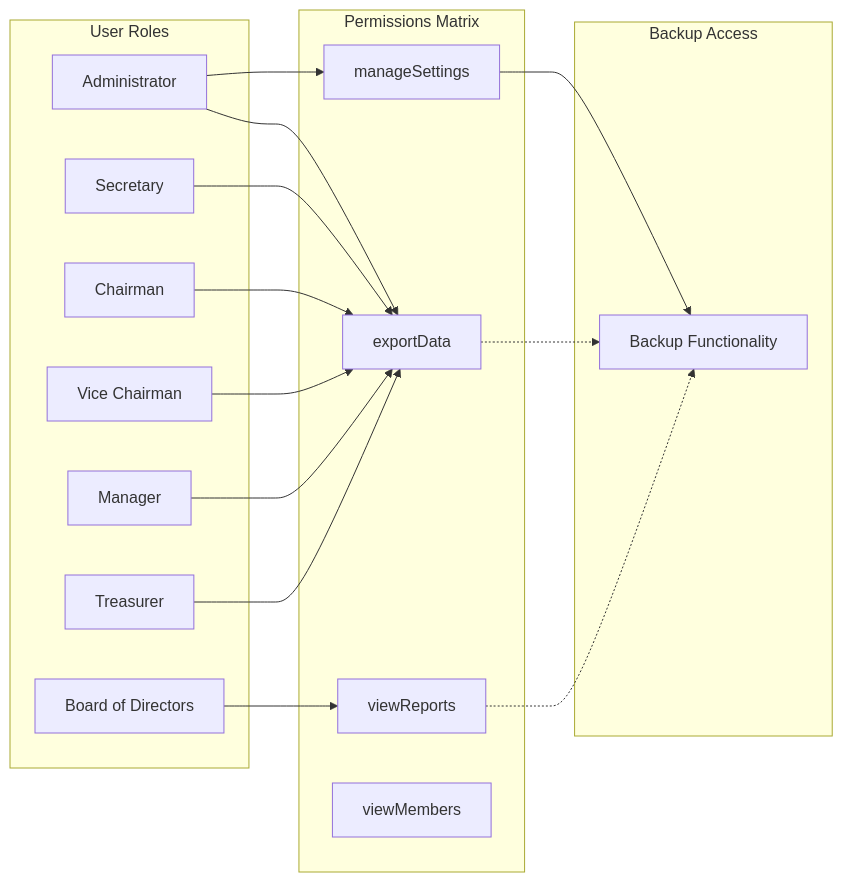
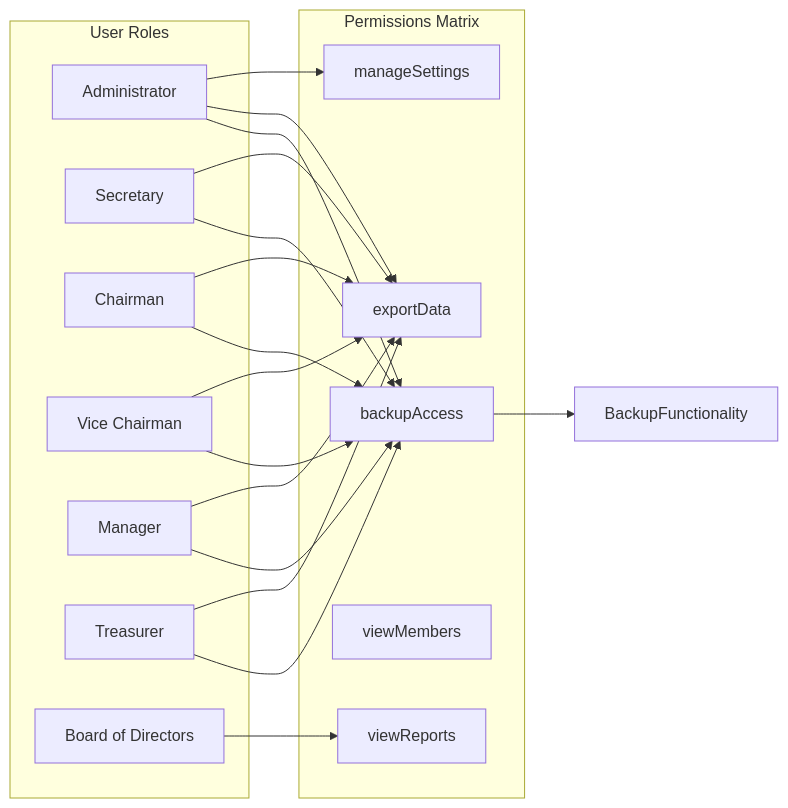
Before and after one commit to Unsure-bry/sampacoop_system: diagram 16 of 18 in .qoder/repowiki/en/content/Project Overview/Core Features & Functionality/Administrative Features/Backup and Restore System.md, drawn with Mermaid. The commit also changed other lines of this file and 11 other files, not shown here.

````diff
--- a/.qoder/repowiki/en/content/Project Overview/Core Features & Functionality/Administrative Features/Backup and Restore System.md
+++ b/.qoder/repowiki/en/content/Project Overview/Core Features & Functionality/Administrative Features/Backup and Restore System.md
@@ -299,32 +783,34 @@
 ```mermaid
 graph LR
 subgraph "User Roles"
 Admin[Administrator]
 Secretary[Secretary]
 Chairman[Chairman]
 ViceChairman[Vice Chairman]
 Manager[Manager]
 Treasurer[Treasurer]
 Board[Board of Directors]
 end
 subgraph "Permissions Matrix"
 ManageSettings[manageSettings]
 ExportData[exportData]
 ViewReports[viewReports]
 ViewMembers[viewMembers]
+BackupAccess[backupAccess]
 end
 Admin --> ManageSettings
 Admin --> ExportData
+Admin --> BackupAccess
 Secretary --> ExportData
+Secretary --> BackupAccess
 Chairman --> ExportData
+Chairman --> BackupAccess
 ViceChairman --> ExportData
+ViceChairman --> BackupAccess
 Manager --> ExportData
+Manager --> BackupAccess
 Treasurer --> ExportData
+Treasurer --> BackupAccess
 Board --> ViewReports
-subgraph "Backup Access"
-Backup[Backup Functionality]
-end
-ManageSettings --> Backup
-ExportData -.-> Backup
-ViewReports -.-> Backup
+BackupAccess --> BackupFunctionality
 ```
````
